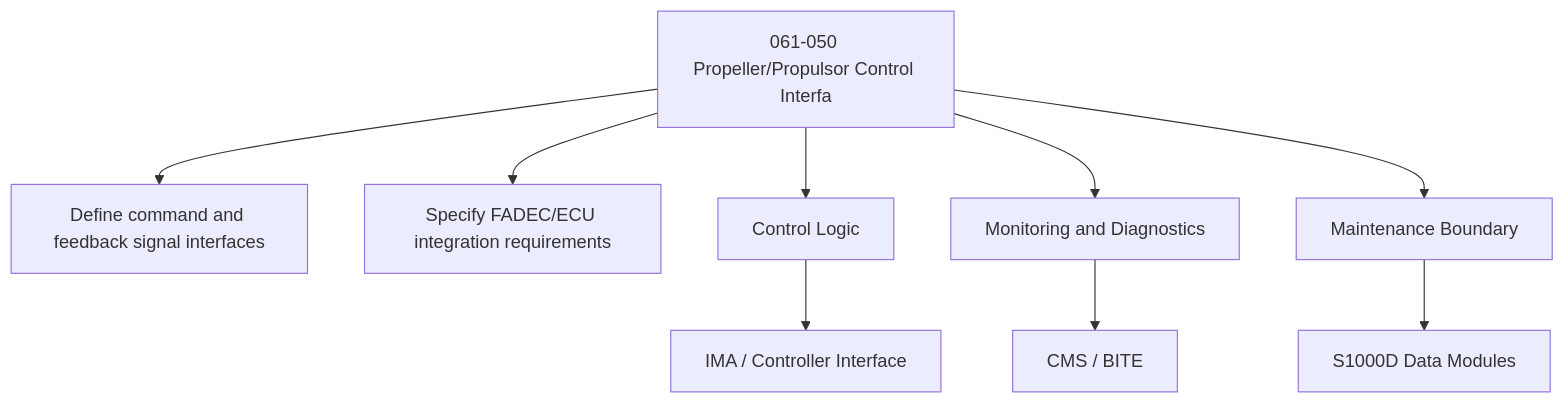
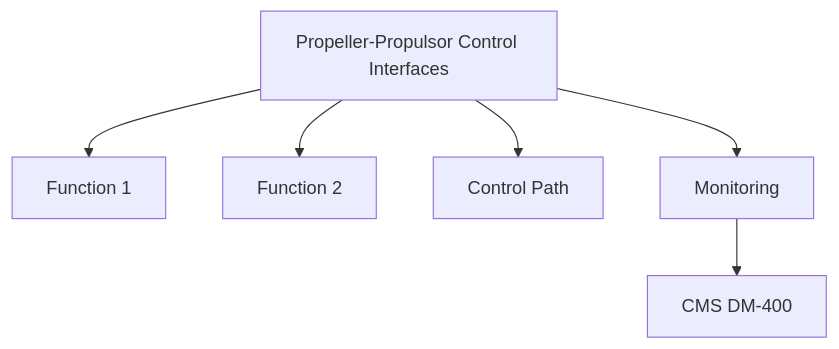
Before and after one commit to AmedeoPelliccia/Qplus-For-All-Queer-People-and-Quantum: the second of 2 diagrams in Q+ATLANTIDE/000-099_ATLAS/060-069_Propulsion-Tradicional/061_Propellers-and-Propulsors/061-050-Propeller-Propulsor-Control-Interfaces.md, drawn with Mermaid. The commit also changed other lines of this file and 74 other files, not shown here.

````diff
--- a/Q+ATLANTIDE/000-099_ATLAS/060-069_Propulsion-Tradicional/061_Propellers-and-Propulsors/061-050-Propeller-Propulsor-Control-Interfaces.md
+++ b/Q+ATLANTIDE/000-099_ATLAS/060-069_Propulsion-Tradicional/061_Propellers-and-Propulsors/061-050-Propeller-Propulsor-Control-Interfaces.md
@@ -172,11 +106,8 @@
 ```mermaid
 flowchart TB
-    SYS[061-050 Propeller/Propulsor Control Interfa] --> F1[Define command and feedback signal interfaces]
-    SYS --> F2[Specify FADEC/ECU integration requirements]
-    SYS --> CTRL[Control Logic]
-    SYS --> MON[Monitoring and Diagnostics]
-    SYS --> MAINT[Maintenance Boundary]
-    CTRL --> IMA[IMA / Controller Interface]
-    MON --> CMS[CMS / BITE]
-    MAINT --> CSDB[S1000D Data Modules]
+    SYS[Propeller-Propulsor Control Interfaces] --> F1[Function 1]
+    SYS --> F2[Function 2]
+    SYS --> CTRL[Control Path]
+    SYS --> MON[Monitoring]
+    MON --> CMS[CMS DM-400]
 ```
````
